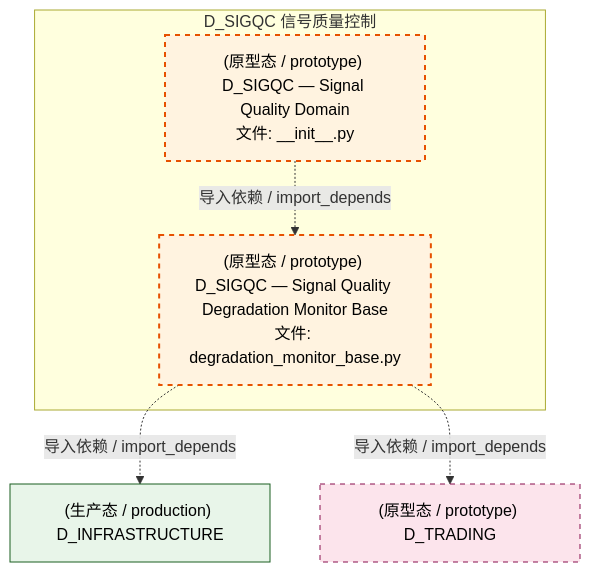
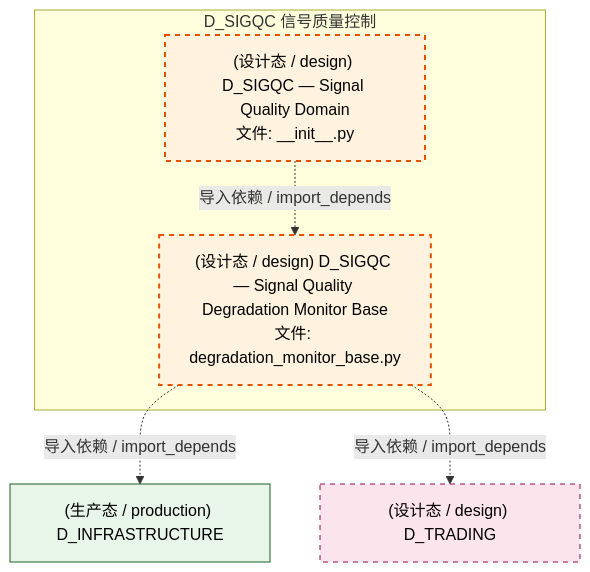
The second of 3 diagrams in docs/02_enterprise_architecture/02_domain_architecture_docs/56_d_sigqc.md (xuanFelixVan/ZephyrAlpha), drawn with Mermaid before and after one commit. The commit also changed other lines of this file and 177 other files, not shown here.

````diff
--- a/docs/02_enterprise_architecture/02_domain_architecture_docs/56_d_sigqc.md
+++ b/docs/02_enterprise_architecture/02_domain_architecture_docs/56_d_sigqc.md
@@ -100,19 +99,19 @@
 ```mermaid
 graph TD
     subgraph D_SIGQC["D_SIGQC 信号质量控制"]
-        src_zephyr_signal_quality_init_py["(原型态 / prototype) D_SIGQC — Signal Quality Domain<br/>文件: __init__.py"]
-        src_zephyr_signal_quality_degradation_monitor_base_py["(原型态 / prototype) D_SIGQC — Signal Quality Degradation Monitor Base<br/>文件: degradation_monitor_base.py"]
+        src_zephyr_signal_quality_init_py["(设计态 / design) D_SIGQC — Signal Quality Domain<br/>文件: __init__.py"]
+        src_zephyr_signal_quality_degradation_monitor_base_py["(设计态 / design) D_SIGQC — Signal Quality Degradation Monitor Base<br/>文件: degradation_monitor_base.py"]
     end
     src_zephyr_signal_quality_init_py -.->|导入依赖 / import_depends| src_zephyr_signal_quality_degradation_monitor_base_py
     D_INFRASTRUCTURE["(生产态 / production) D_INFRASTRUCTURE"]
     src_zephyr_signal_quality_degradation_monitor_base_py -.->|导入依赖 / import_depends| D_INFRASTRUCTURE
-    D_TRADING["(原型态 / prototype) D_TRADING"]
+    D_TRADING["(设计态 / design) D_TRADING"]
     src_zephyr_signal_quality_degradation_monitor_base_py -.->|导入依赖 / import_depends| D_TRADING
     classDef production fill:#e1f5fe,stroke:#01579b,stroke-width:2px,color:#000
     classDef design fill:#fff3e0,stroke:#e65100,stroke-width:2px,color:#000,stroke-dasharray: 5 5
     classDef external_prod fill:#e8f5e9,stroke:#1b5e20,stroke-width:1px,color:#000
     classDef external_design fill:#fce4ec,stroke:#880e4f,stroke-width:1px,color:#000,stroke-dasharray: 5 5
     class src_zephyr_signal_quality_init_py,src_zephyr_signal_quality_degradation_monitor_base_py design
     class D_INFRASTRUCTURE external_prod
     class D_TRADING external_design
 ```
````
